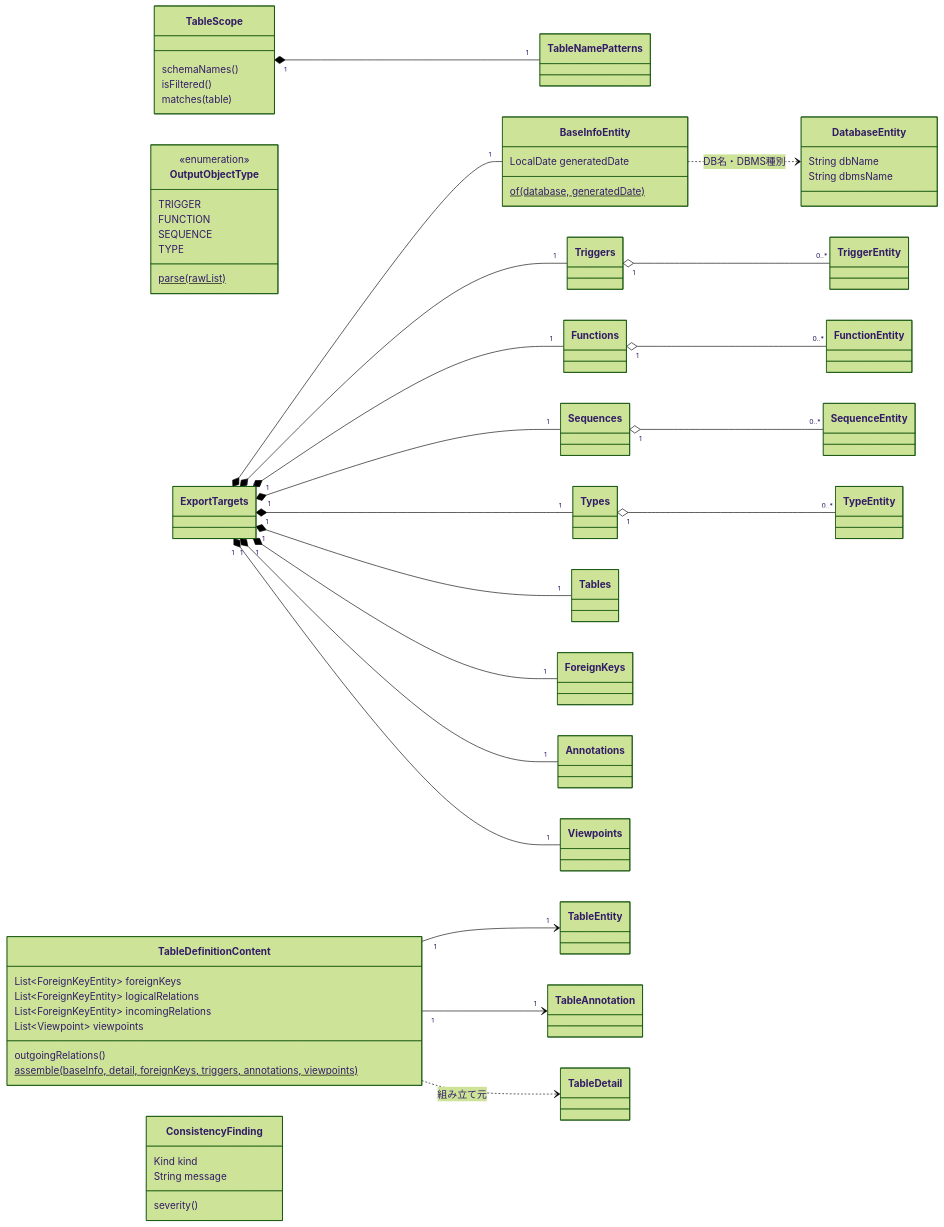
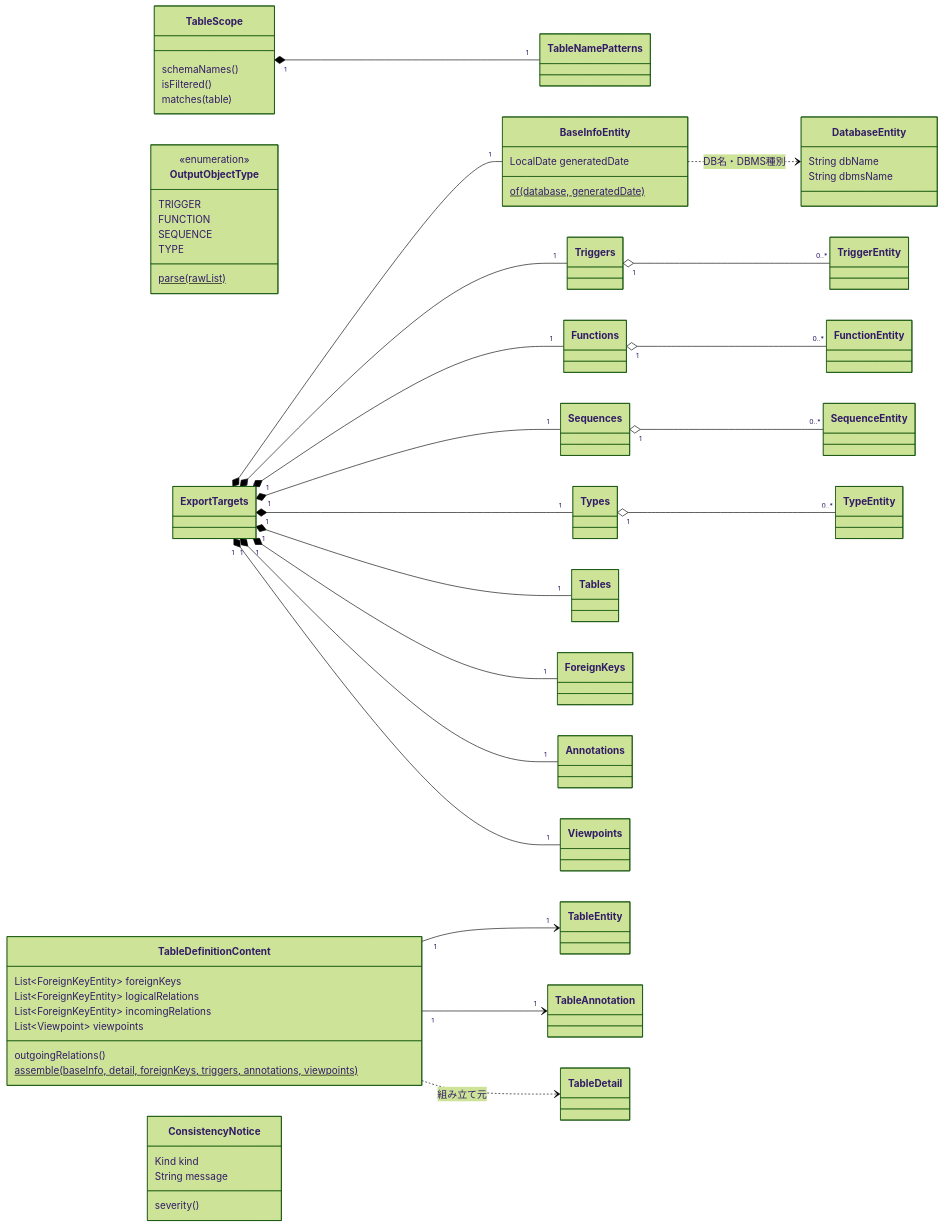
The fifth of 5 diagrams in docs/architecture/domain-model.md (ebichan88/exportTableDefinition), drawn with Mermaid (forest theme) before and after one commit. The commit also changed other lines of this file and 8 other files, not shown here.

````diff
--- a/docs/architecture/domain-model.md
+++ b/docs/architecture/domain-model.md
@@ -263,63 +263,63 @@
 ```mermaid
 classDiagram
   direction LR
   class TableScope {
     schemaNames()
     isFiltered()
     matches(table)
   }
   class TableNamePatterns
   class OutputObjectType {
     <<enumeration>>
     TRIGGER
     FUNCTION
     SEQUENCE
     TYPE
     parse(rawList)$
   }
   class ExportTargets
   class Triggers
   class Functions
   class Sequences
   class Types
   class TableDefinitionContent {
     List~ForeignKeyEntity~ foreignKeys
     List~ForeignKeyEntity~ logicalRelations
     List~ForeignKeyEntity~ incomingRelations
     List~Viewpoint~ viewpoints
     outgoingRelations()
     assemble(baseInfo, detail, foreignKeys, triggers, annotations, viewpoints)$
   }
   class BaseInfoEntity {
     LocalDate generatedDate
     of(database, generatedDate)$
   }
   class DatabaseEntity {
     String dbName
     String dbmsName
   }
-  class ConsistencyFinding {
+  class ConsistencyNotice {
     Kind kind
     String message
     severity()
   }
 
   TableScope "1" *-- "1" TableNamePatterns
   ExportTargets "1" *-- "1" BaseInfoEntity
   ExportTargets "1" *-- "1" Tables
   ExportTargets "1" *-- "1" ForeignKeys
   ExportTargets "1" *-- "1" Annotations
   ExportTargets "1" *-- "1" Viewpoints
   ExportTargets "1" *-- "1" Triggers
   ExportTargets "1" *-- "1" Functions
   ExportTargets "1" *-- "1" Sequences
   ExportTargets "1" *-- "1" Types
   Triggers "1" o-- "0..*" TriggerEntity
   Functions "1" o-- "0..*" FunctionEntity
   Sequences "1" o-- "0..*" SequenceEntity
   Types "1" o-- "0..*" TypeEntity
   BaseInfoEntity ..> DatabaseEntity : DB名・DBMS種別
   TableDefinitionContent "1" --> "1" TableEntity
   TableDefinitionContent "1" --> "1" TableAnnotation
   TableDefinitionContent ..> TableDetail : 組み立て元
 ```
````
